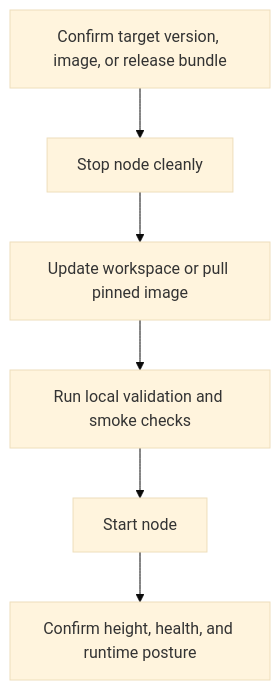
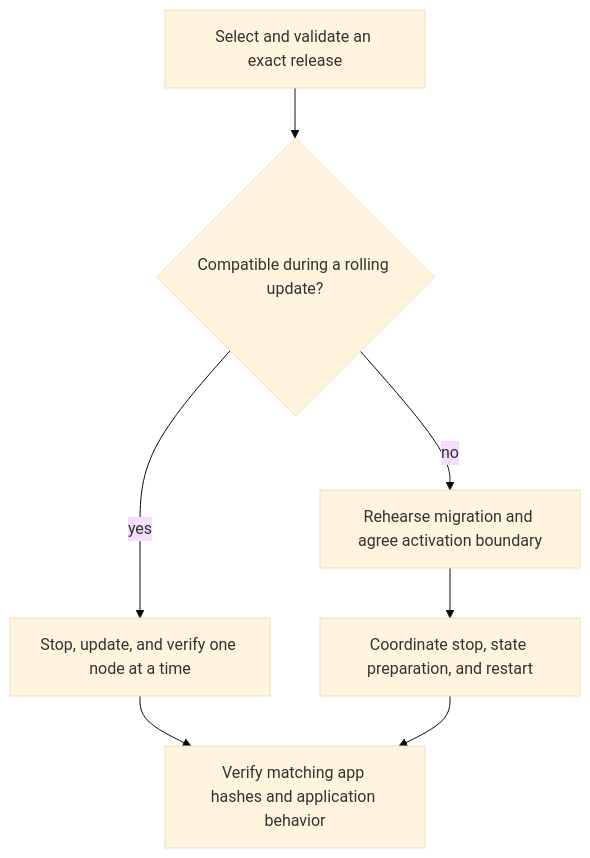
Before and after one commit to xian-technology/xian-docs-web: the diagram in node/upgrading.md, drawn with Mermaid (base theme). The commit also changed other lines of this file and 28 other files, not shown here.

Commit message:
docs: align runtime guidance and document migration readiness

````diff
--- a/node/upgrading.md
+++ b/node/upgrading.md
@@ -17,15 +54,13 @@
 ```mermaid
 flowchart TD
-  Target["Confirm target version, image, or release bundle"]
-  Stop["Stop node cleanly"]
-  Update["Update workspace or pull pinned image"]
-  Validate["Run local validation and smoke checks"]
-  Start["Start node"]
-  Confirm["Confirm height, health, and runtime posture"]
+  Target["Select and validate an exact release"]
+  Kind{"Compatible during a rolling update?"}
+  Rolling["Stop, update, and verify one node at a time"]
+  Rehearse["Rehearse migration and agree activation boundary"]
+  Cutover["Coordinate stop, state preparation, and restart"]
+  Verify["Verify matching app hashes and application behavior"]
 
-  Target --> Stop
-  Stop --> Update
-  Update --> Validate
-  Validate --> Start
-  Start --> Confirm
+  Target --> Kind
+  Kind -->|yes| Rolling --> Verify
+  Kind -->|no| Rehearse --> Cutover --> Verify
 ```
````
